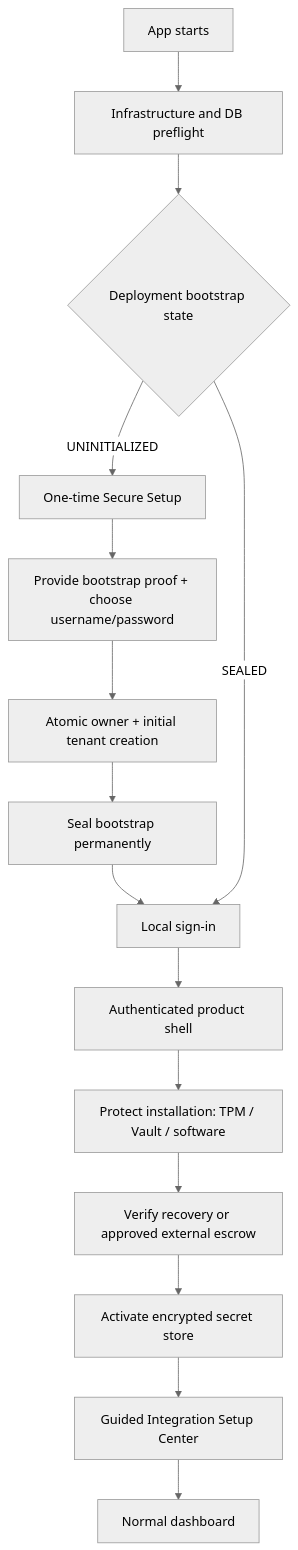
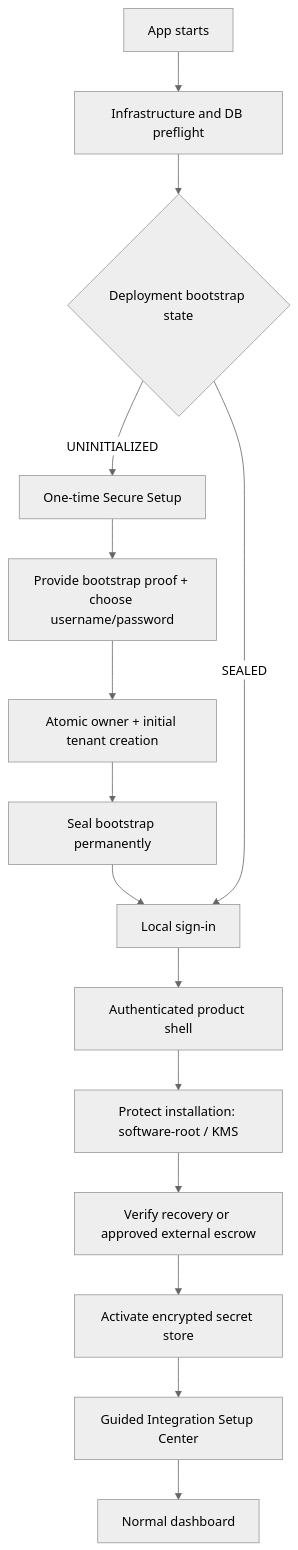
Before and after one commit to sks710931/rag-pipeline: the diagram in docs/Slicing strategy.md, drawn with Mermaid (neutral theme). The commit also changed other lines of this file, not shown here.

```diff
--- a/docs/Slicing strategy.md
+++ b/docs/Slicing strategy.md
@@ -132,21 +134,21 @@
 ~~~mermaid
 flowchart TD
     A["App starts"]
     B["Infrastructure and DB preflight"]
     C{"Deployment bootstrap state"}
     D["One-time Secure Setup"]
     E["Provide bootstrap proof + choose username/password"]
     F["Atomic owner + initial tenant creation"]
     G["Seal bootstrap permanently"]
     H["Local sign-in"]
     I["Authenticated product shell"]
-    P["Protect installation: TPM / Vault / software"]
+    P["Protect installation: software-root / KMS"]
     R["Verify recovery or approved external escrow"]
     Q["Activate encrypted secret store"]
     J["Guided Integration Setup Center"]
     K["Normal dashboard"]
     A --> B --> C
     C -->|UNINITIALIZED| D --> E --> F --> G --> H
     C -->|SEALED| H
     H --> I --> P --> R --> Q --> J --> K
 ~~~
```
